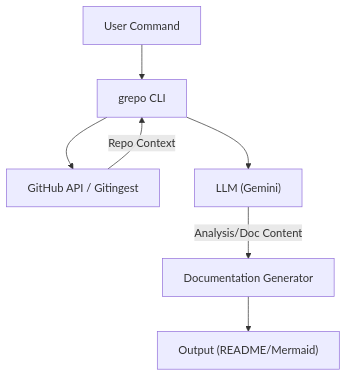
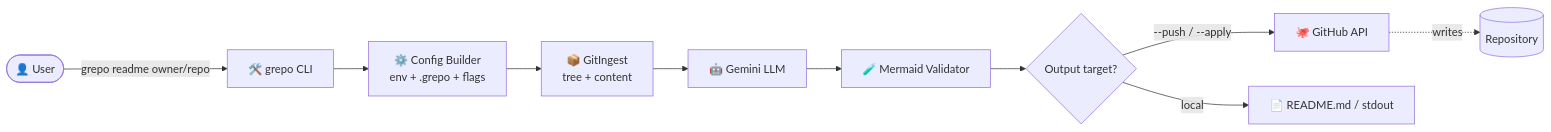
The first of 12 diagrams in README.md (ElysiumOSS/grepo), drawn with Mermaid before and after one commit. The commit also changed other lines of this file, not shown here.

First line of the commit message:
docs: expand README with comprehensive mermaid diagrams

````diff
--- a/README.md
+++ b/README.md
@@ -16,9 +18,12 @@
 ```mermaid
-flowchart TD
-    User["User Command"] --> CLI["grepo CLI"]
-    CLI --> GH["GitHub API / Gitingest"]
-    GH -->|Repo Context| CLI
-    CLI --> LLM["LLM (Gemini)"]
-    LLM -->|Analysis/Doc Content| Generator["Documentation Generator"]
-    Generator --> Output["Output (README/Mermaid)"]
+flowchart LR
+    User(["👤 User"]) -->|grepo readme owner/repo| CLI["🛠️ grepo CLI"]
+    CLI --> Config["⚙️ Config Builder<br/>env + .grepo + flags"]
+    Config --> Ingest["📦 GitIngest<br/>tree + content"]
+    Ingest --> LLM["🤖 Gemini LLM"]
+    LLM --> Validator["🧪 Mermaid Validator"]
+    Validator --> Output{"Output target?"}
+    Output -->|--push / --apply| GitHub["🐙 GitHub API"]
+    Output -->|local| File["📄 README.md / stdout"]
+    GitHub -.->|writes| Repo[("Repository")]
 ```
````
